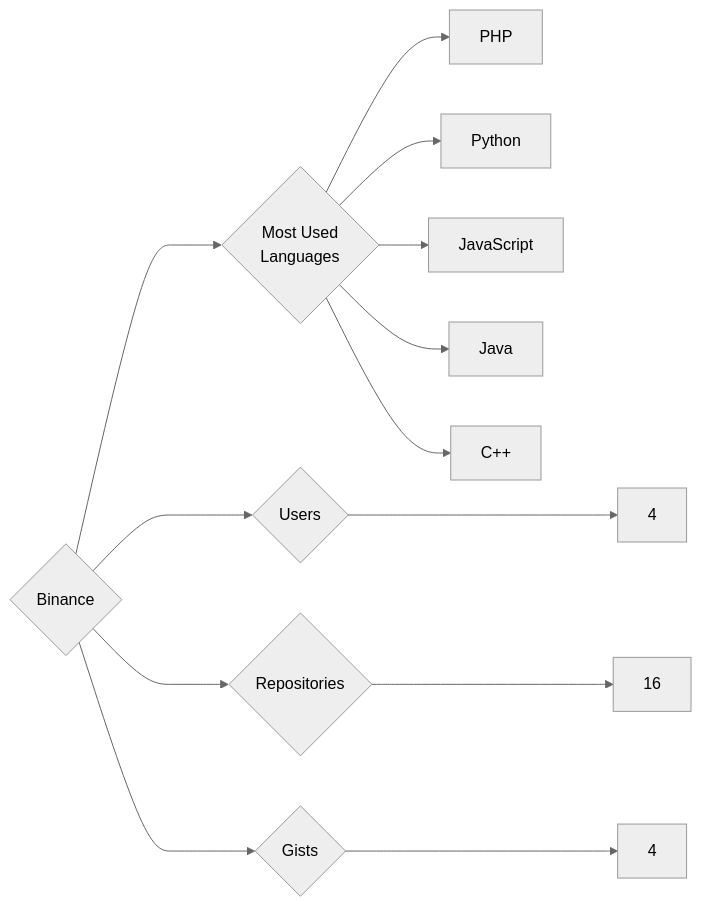
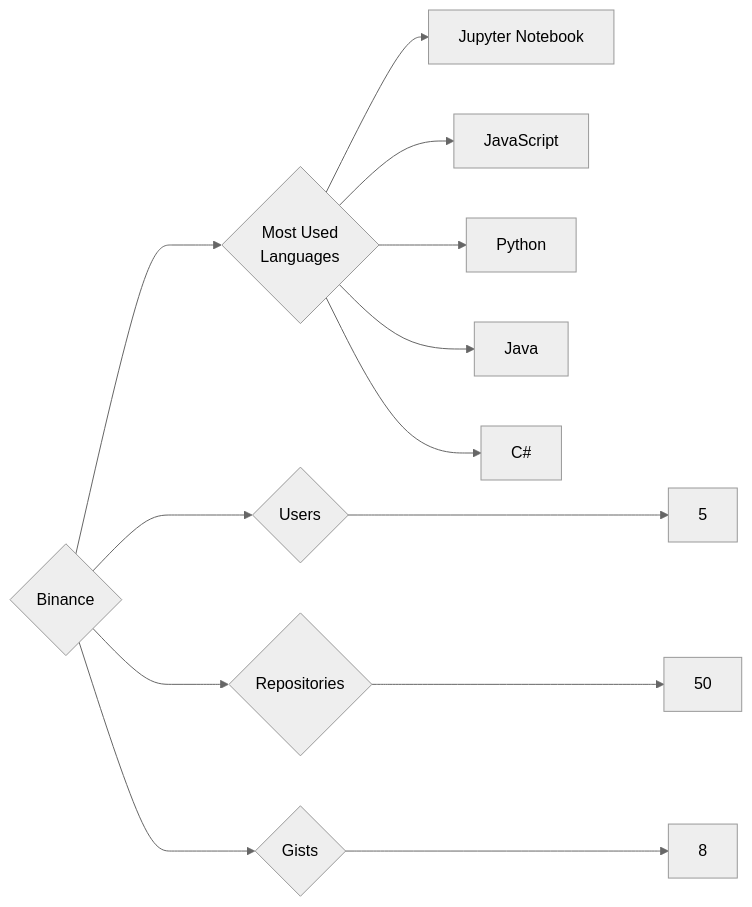
Before and after one commit to trickest/insiders: the diagram in targets/Binance/README.md, drawn with Mermaid (neutral theme). The commit also changed 1166 other files, not shown here.

````diff
--- a/targets/Binance/README.md
+++ b/targets/Binance/README.md
@@ -3,13 +3,13 @@
 ```mermaid
 graph LR
 COMPANY_NAME{Binance}
-COMPANY_NAME ---> U{Users} ---> UN[4]
-COMPANY_NAME ---> R{Repositories} ---> RN[16]
-COMPANY_NAME ---> G{Gists} ---> GN[4]
+COMPANY_NAME ---> U{Users} ---> UN[5]
+COMPANY_NAME ---> R{Repositories} ---> RN[50]
+COMPANY_NAME ---> G{Gists} ---> GN[8]
 COMPANY_NAME ---> ML{Most Used<br>Languages}
-ML --> PHP[PHP]
+ML --> Jupyter_Notebook[Jupyter Notebook]
+ML --> JavaScript[JavaScript]
 ML --> Python[Python]
-ML --> JavaScript[JavaScript]
 ML --> Java[Java]
-ML --> C++[C++]
+ML --> C#[C#]
 ```
````
